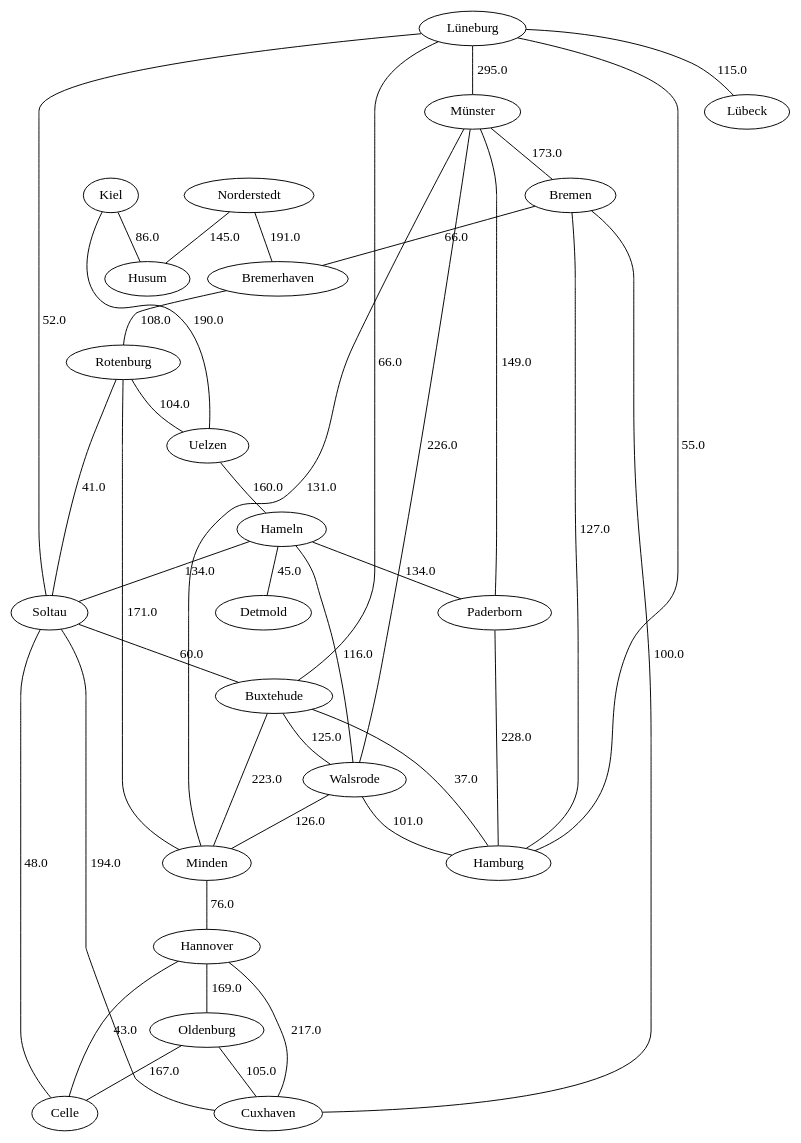
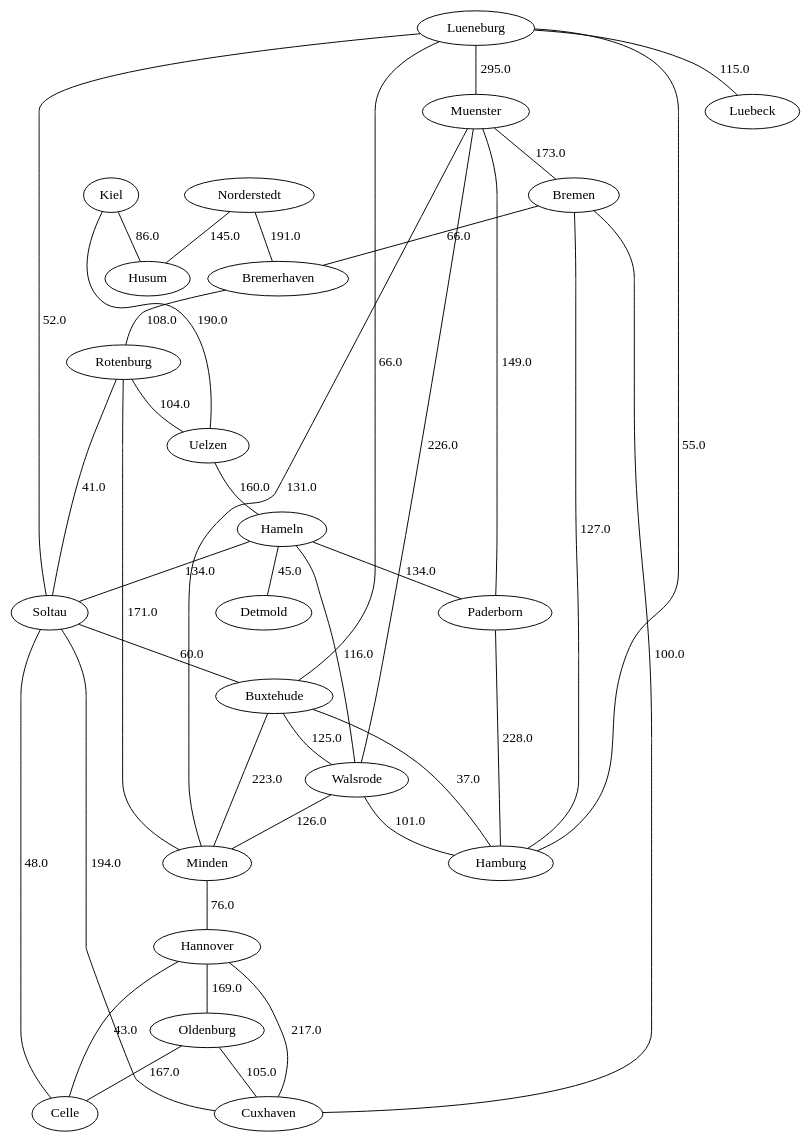
The diagram in src/graph/misc/graph3.dot (2341n4m3/gka-praktikumsaufgaben), drawn with Graphviz before and after one commit. The commit also changed 22 other files, not shown here.

```diff
--- a/src/graph/misc/graph3.dot
+++ b/src/graph/misc/graph3.dot
@@ -1,64 +1,64 @@
 graph G {
   Paderborn [ label="Paderborn" ];
   Hamburg [ label="Hamburg" ];
   Bremen [ label="Bremen" ];
   Bremerhaven [ label="Bremerhaven" ];
   Norderstedt [ label="Norderstedt" ];
   Husum [ label="Husum" ];
   Kiel [ label="Kiel" ];
-  Lueneburg [ label="Lüneburg" ];
-  Luebeck [ label="Lübeck" ];
+  Lueneburg [ label="Lueneburg" ];
+  Luebeck [ label="Luebeck" ];
   Soltau [ label="Soltau" ];
   Hameln [ label="Hameln" ];
   Detmold [ label="Detmold" ];
-  Muenster [ label="Münster" ];
+  Muenster [ label="Muenster" ];
   Minden [ label="Minden" ];
   Hannover [ label="Hannover" ];
   Oldenburg [ label="Oldenburg" ];
   Cuxhaven [ label="Cuxhaven" ];
   Rotenburg [ label="Rotenburg" ];
   Uelzen [ label="Uelzen" ];
   Buxtehude [ label="Buxtehude" ];
   Walsrode [ label="Walsrode" ];
   Celle [ label="Celle" ];
   Paderborn -- Hamburg [ label="228.0" ];
   Bremen -- Hamburg [ label="127.0" ];
   Bremen -- Bremerhaven [ label="66.0" ];
   Norderstedt -- Bremerhaven [ label="191.0" ];
   Norderstedt -- Husum [ label="145.0" ];
   Kiel -- Husum [ label="86.0" ];
   Lueneburg -- Luebeck [ label="115.0" ];
   Lueneburg -- Soltau [ label="52.0" ];
   Hameln -- Soltau [ label="134.0" ];
   Hameln -- Paderborn [ label="134.0" ];
   Hameln -- Detmold [ label="45.0" ];
   Muenster -- Bremen [ label="173.0" ];
   Muenster -- Minden [ label="131.0" ];
   Minden -- Hannover [ label="76.0" ];
   Hannover -- Oldenburg [ label="169.0" ];
   Oldenburg -- Cuxhaven [ label="105.0" ];
   Cuxhaven -- Hannover [ label="217.0" ];
   Cuxhaven -- Bremen [ label="100.0" ];
   Bremerhaven -- Rotenburg [ label="108.0" ];
   Rotenburg -- Soltau [ label="41.0" ];
   Minden -- Rotenburg [ label="171.0" ];
   Rotenburg -- Uelzen [ label="104.0" ];
   Lueneburg -- Buxtehude [ label="66.0" ];
   Uelzen -- Hameln [ label="160.0" ];
   Hameln -- Walsrode [ label="116.0" ];
   Walsrode -- Hamburg [ label="101.0" ];
   Walsrode -- Minden [ label="126.0" ];
   Muenster -- Walsrode [ label="226.0" ];
   Lueneburg -- Muenster [ label="295.0" ];
   Muenster -- Paderborn [ label="149.0" ];
   Lueneburg -- Hamburg [ label="55.0" ];
   Kiel -- Uelzen [ label="190.0" ];
   Oldenburg -- Celle [ label="167.0" ];
   Celle -- Hannover [ label="43.0" ];
   Celle -- Soltau [ label="48.0" ];
   Cuxhaven -- Soltau [ label="194.0" ];
   Soltau -- Buxtehude [ label="60.0" ];
   Buxtehude -- Hamburg [ label="37.0" ];
   Buxtehude -- Minden [ label="223.0" ];
   Buxtehude -- Walsrode [ label="125.0" ];
 }
```
